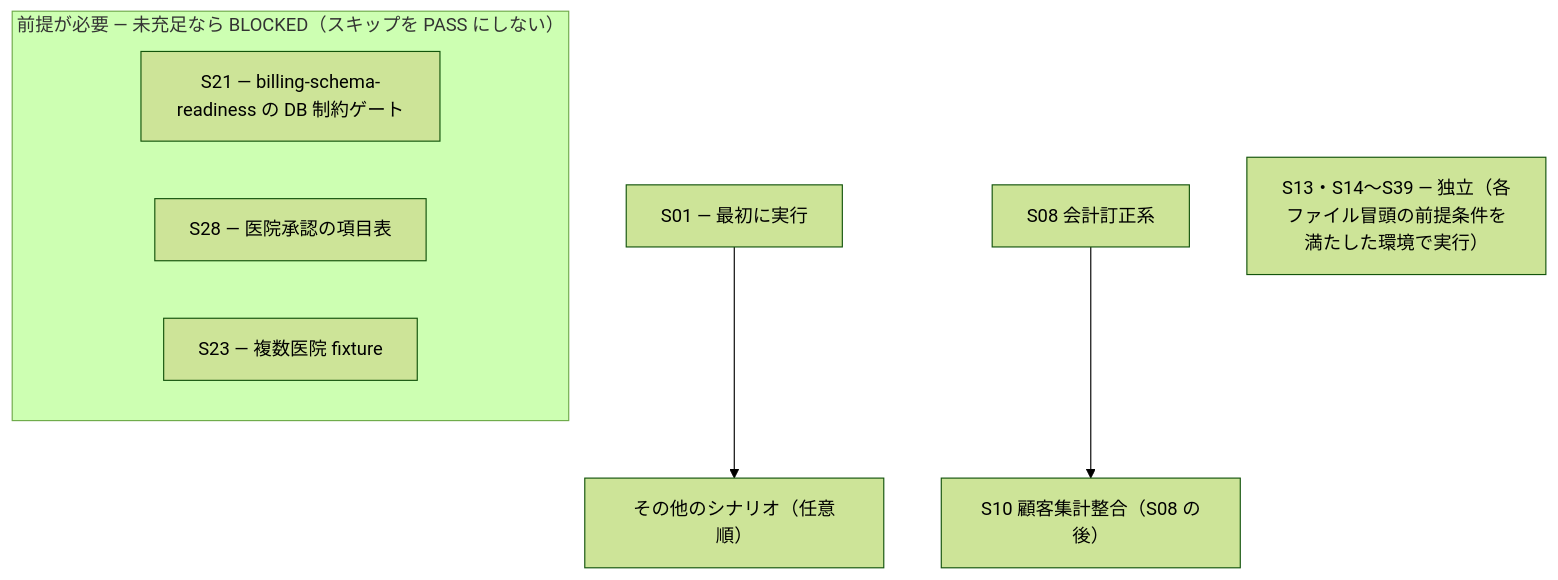
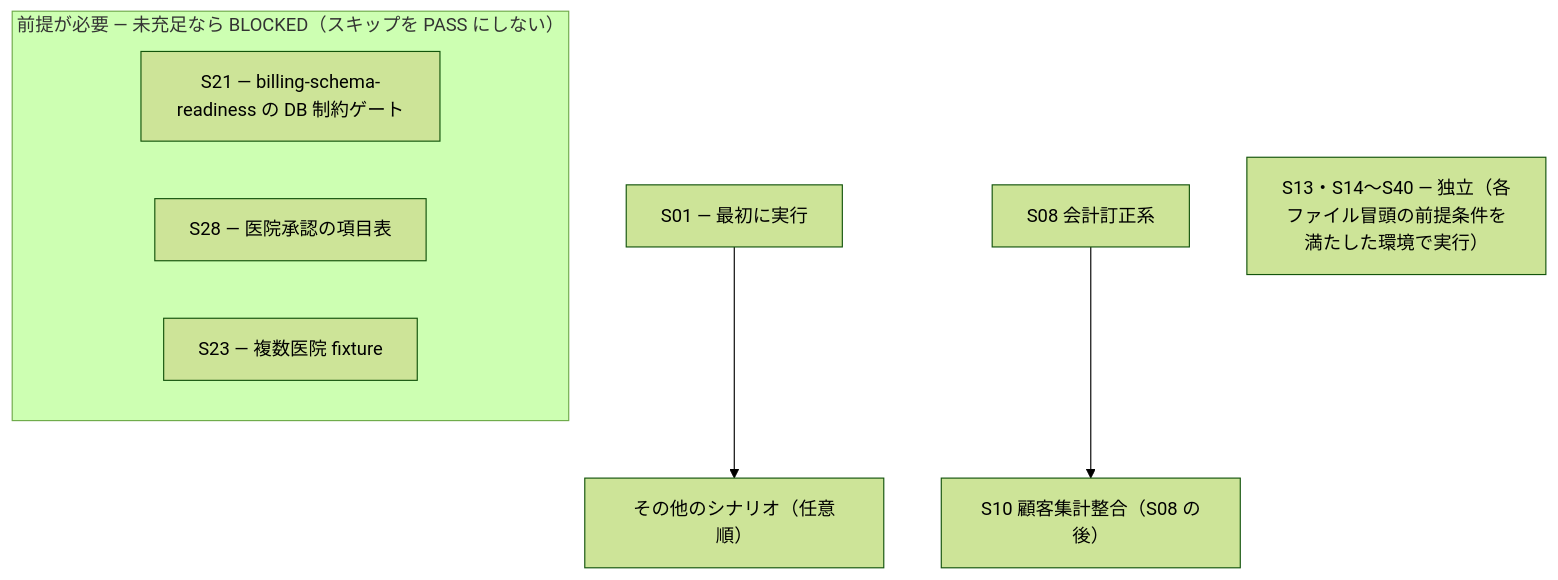
The diagram in docs/ops/testing/scenarios/README.md (MinoruSoga/AnimalEkarte), drawn with Mermaid (forest theme) before and after one commit. The commit also changed other lines of this file and 60 other files, not shown here.

````diff
--- a/docs/ops/testing/scenarios/README.md
+++ b/docs/ops/testing/scenarios/README.md
@@ -65,11 +65,11 @@
 ```mermaid
 flowchart TB
     S01["S01 — 最初に実行"] --> REST["その他のシナリオ（任意順）"]
     S08["S08 会計訂正系"] --> S10["S10 顧客集計整合（S08 の後）"]
     subgraph PRE["前提が必要 — 未充足なら BLOCKED（スキップを PASS にしない）"]
         S21["S21 — billing-schema-readiness の DB 制約ゲート"]
         S28["S28 — 医院承認の項目表"]
         S23["S23 — 複数医院 fixture"]
     end
-    IND["S13・S14〜S39 — 独立（各ファイル冒頭の前提条件を満たした環境で実行）"]
+    IND["S13・S14〜S40 — 独立（各ファイル冒頭の前提条件を満たした環境で実行）"]
 ```
````
